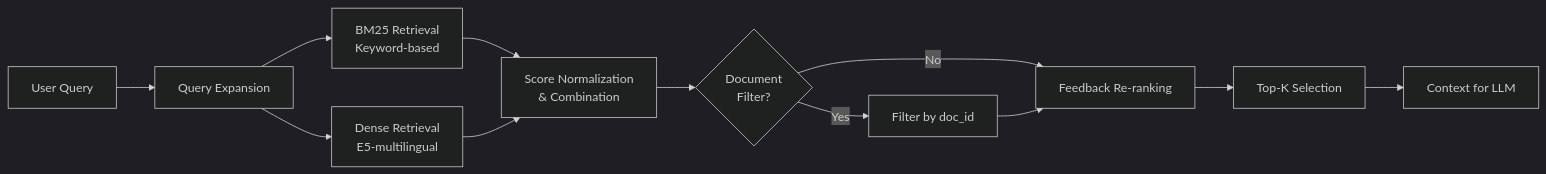
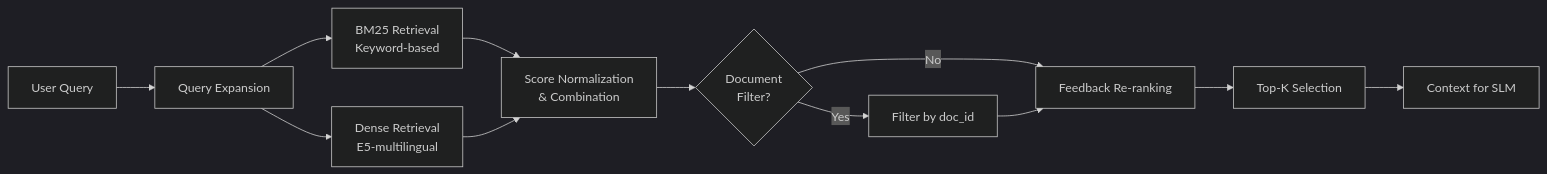
One commit to HieuAI2005/DocBot changed the third of 3 diagrams in README.md. Above: the diagram before and after it, drawn with Mermaid (dark theme). The commit also changed other lines of this file, not shown here.

````diff
--- a/README.md
+++ b/README.md
@@ -163,17 +163,17 @@
 ```mermaid
 graph LR
     Query[User Query] --> Expand[Query Expansion]
     Expand --> BM25[BM25 Retrieval<br/>Keyword-based]
     Expand --> Dense[Dense Retrieval<br/>E5-multilingual]
     
     BM25 --> Combine[Score Normalization<br/>& Combination]
     Dense --> Combine
     
     Combine --> Filter{Document<br/>Filter?}
     Filter -->|Yes| DocFilter[Filter by doc_id]
     Filter -->|No| Rerank[Feedback Re-ranking]
     DocFilter --> Rerank
     
     Rerank --> TopK[Top-K Selection]
-    TopK --> Context[Context for LLM]
+    TopK --> Context[Context for SLM]
 ```
````
